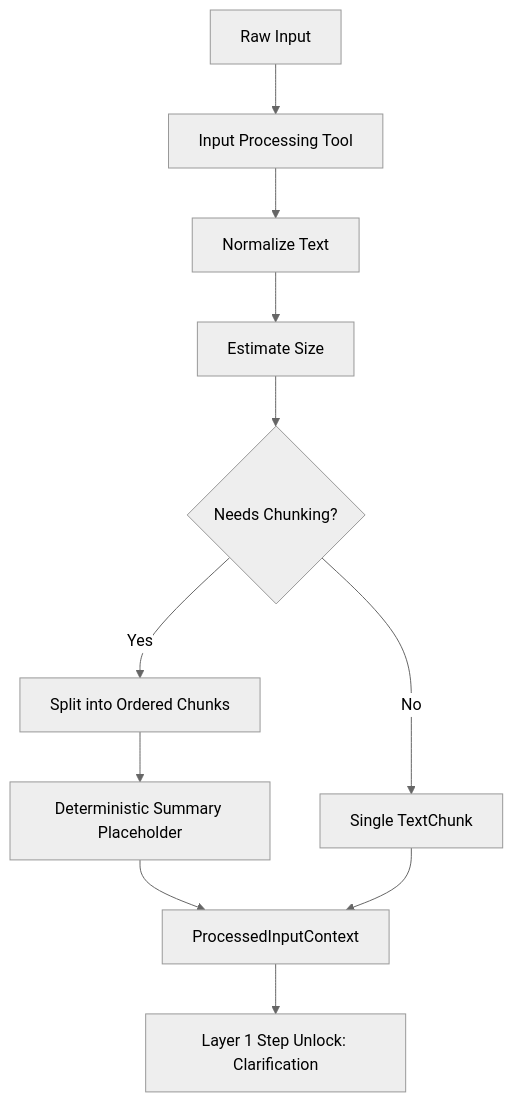
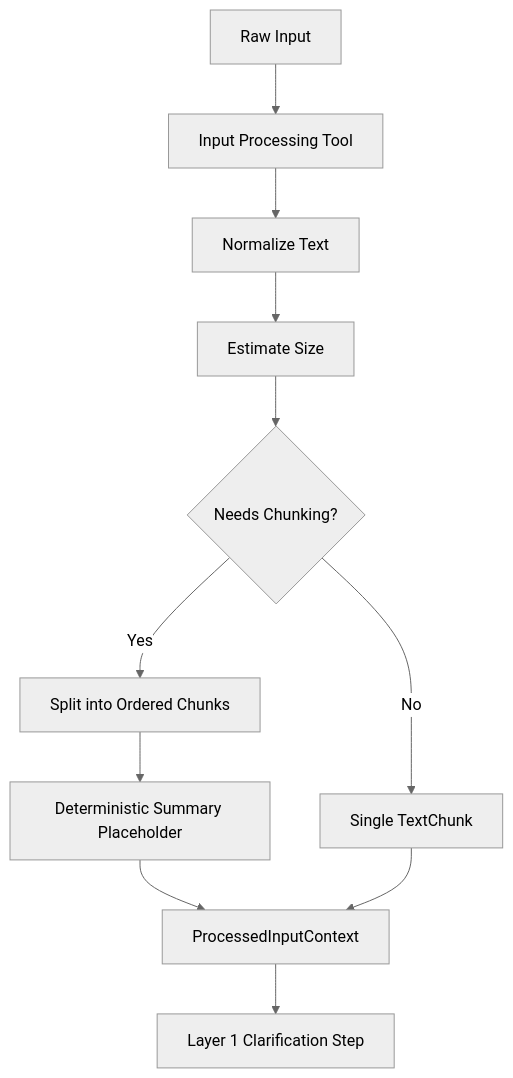
Before and after one commit to ProductMasterz/Mujarrad-Frontend: the third of 19 diagrams in Docs/system-design-detailed-plan.md, drawn with Mermaid (neutral theme). The commit also changed other lines of this file, not shown here.

Commit message:
Sync corrected system design roadmap

````diff
--- a/Docs/system-design-detailed-plan.md
+++ b/Docs/system-design-detailed-plan.md
@@ -388,13 +469,13 @@
 ```mermaid
 flowchart TD
     A[Raw Input] --> B[Input Processing Tool]
     B --> C[Normalize Text]
     C --> D[Estimate Size]
     D --> E{Needs Chunking?}
     E -->|No| F[Single TextChunk]
     E -->|Yes| G[Split into Ordered Chunks]
     G --> H[Deterministic Summary Placeholder]
     H --> I[ProcessedInputContext]
     F --> I
-    I --> J[Layer 1 Step Unlock: Clarification]
+    I --> J[Layer 1 Clarification Step]
 ```
````
